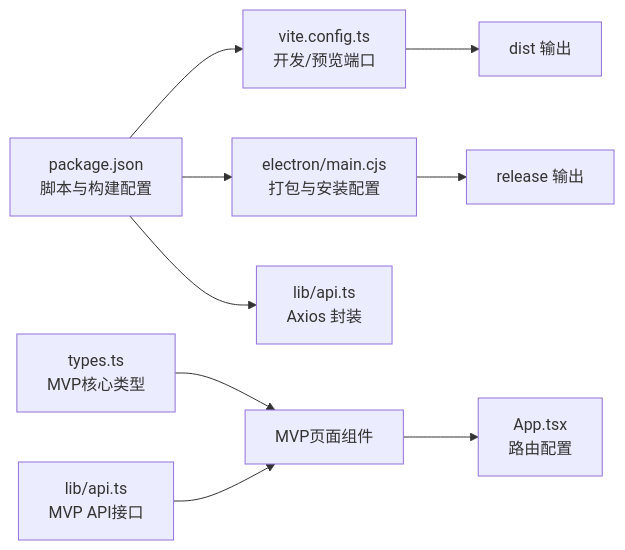
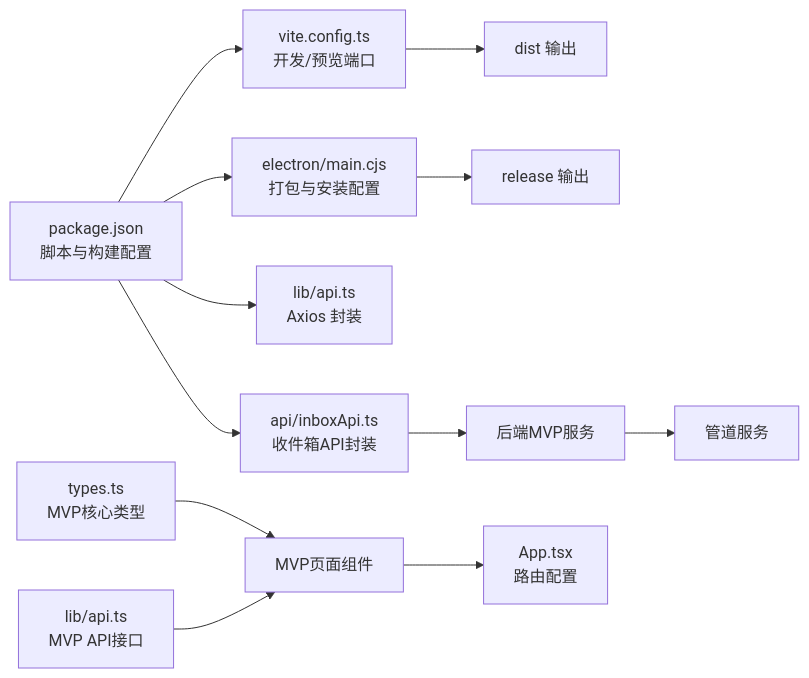
Before and after one commit to dream-ze/AI_huoke-: diagram 12 of 12 in .qoder/repowiki/zh/content/前端应用架构/前端应用架构.md, drawn with Mermaid. The commit also changed other lines of this file and 64 other files, not shown here.

````diff
--- a/.qoder/repowiki/zh/content/前端应用架构/前端应用架构.md
+++ b/.qoder/repowiki/zh/content/前端应用架构/前端应用架构.md
@@ -602,11 +662,14 @@
 ```mermaid
 graph LR
 Pkg["package.json<br/>脚本与构建配置"] --> Vite["vite.config.ts<br/>开发/预览端口"]
 Pkg --> Electron["electron/main.cjs<br/>打包与安装配置"]
 Pkg --> Axios["lib/api.ts<br/>Axios 封装"]
+Pkg --> InboxApi["api/inboxApi.ts<br/>收件箱API封装"]
 Vite --> Build["dist 输出"]
 Electron --> Dist["release 输出"]
 Types["types.ts<br/>MVP核心类型"] --> Components["MVP页面组件"]
 API["lib/api.ts<br/>MVP API接口"] --> Components
+InboxApi --> BE_MVP["后端MVP服务"]
+BE_MVP --> BE_Pipeline["管道服务"]
 Components --> Router["App.tsx<br/>路由配置"]
 ```
````
